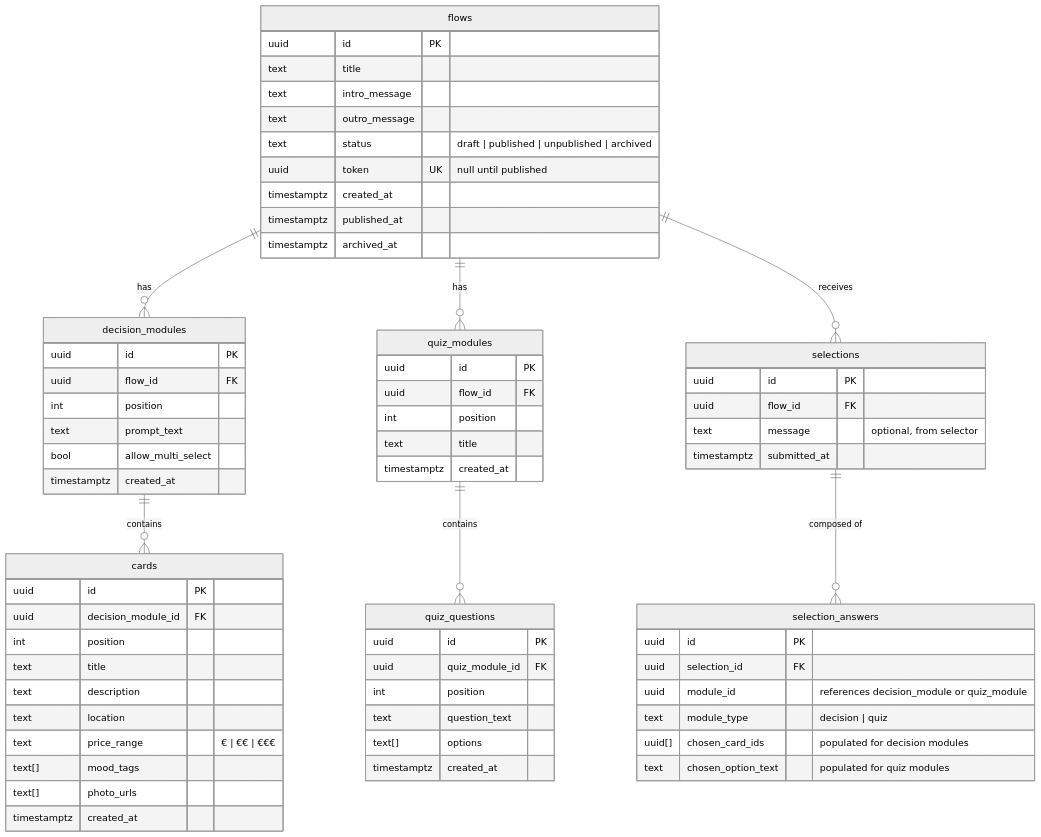
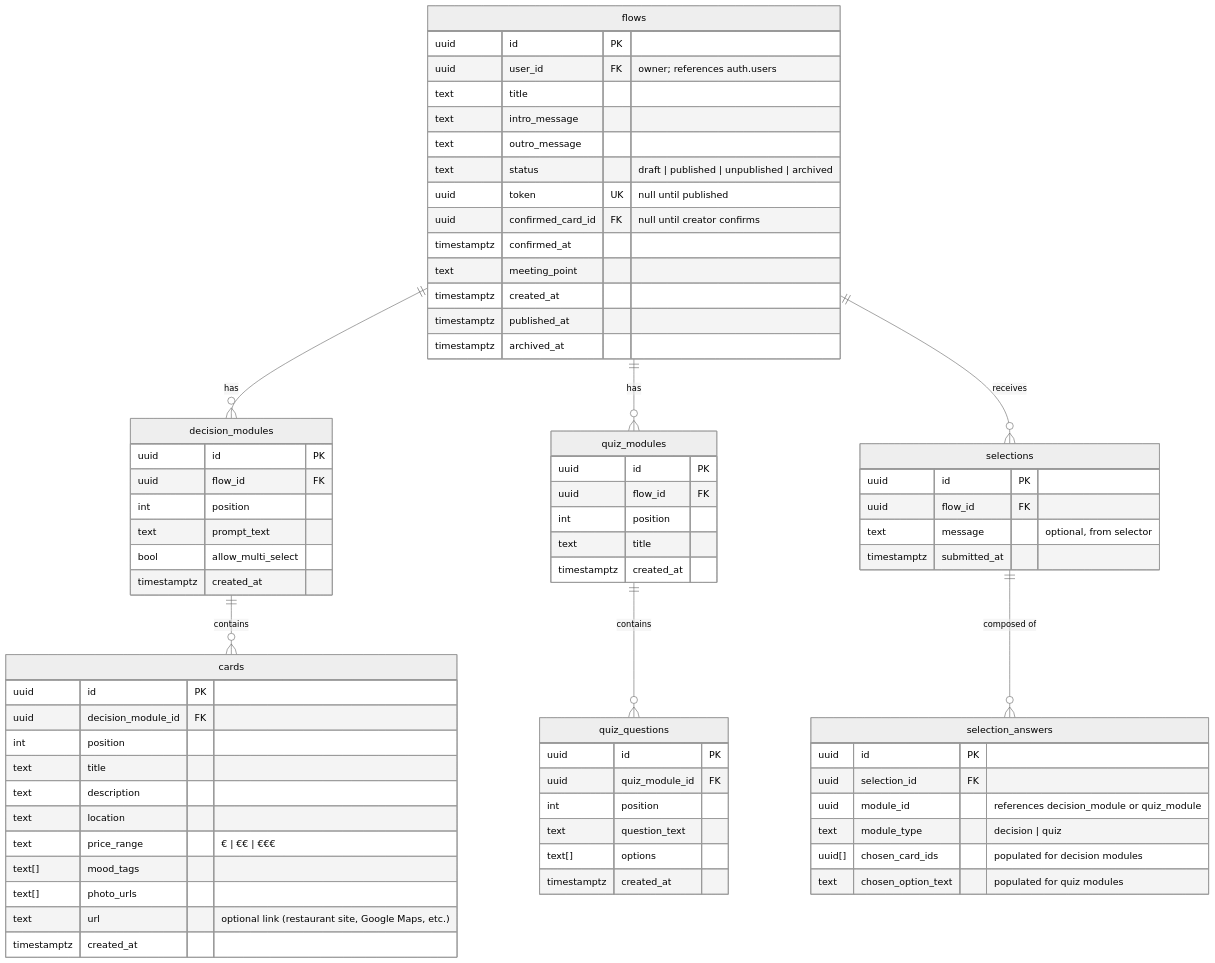
Before and after one commit to cyrillknecht/date-selector: the diagram in docs/data/ERD.md, drawn with Mermaid (neutral theme). The commit also changed 5 other files, not shown here.

```diff
--- a/docs/data/ERD.md
+++ b/docs/data/ERD.md
@@ -8,11 +8,15 @@
 erDiagram
   flows {
     uuid id PK
+    uuid user_id FK "owner; references auth.users"
     text title
     text intro_message
     text outro_message
     text status "draft | published | unpublished | archived"
     uuid token UK "null until published"
+    uuid confirmed_card_id FK "null until creator confirms"
+    timestamptz confirmed_at
+    text meeting_point
     timestamptz created_at
     timestamptz published_at
     timestamptz archived_at
@@ -37,6 +41,7 @@
     text price_range "€ | €€ | €€€"
     text[] mood_tags
     text[] photo_urls
+    text url "optional link (restaurant site, Google Maps, etc.)"
     timestamptz created_at
   }
 
```
